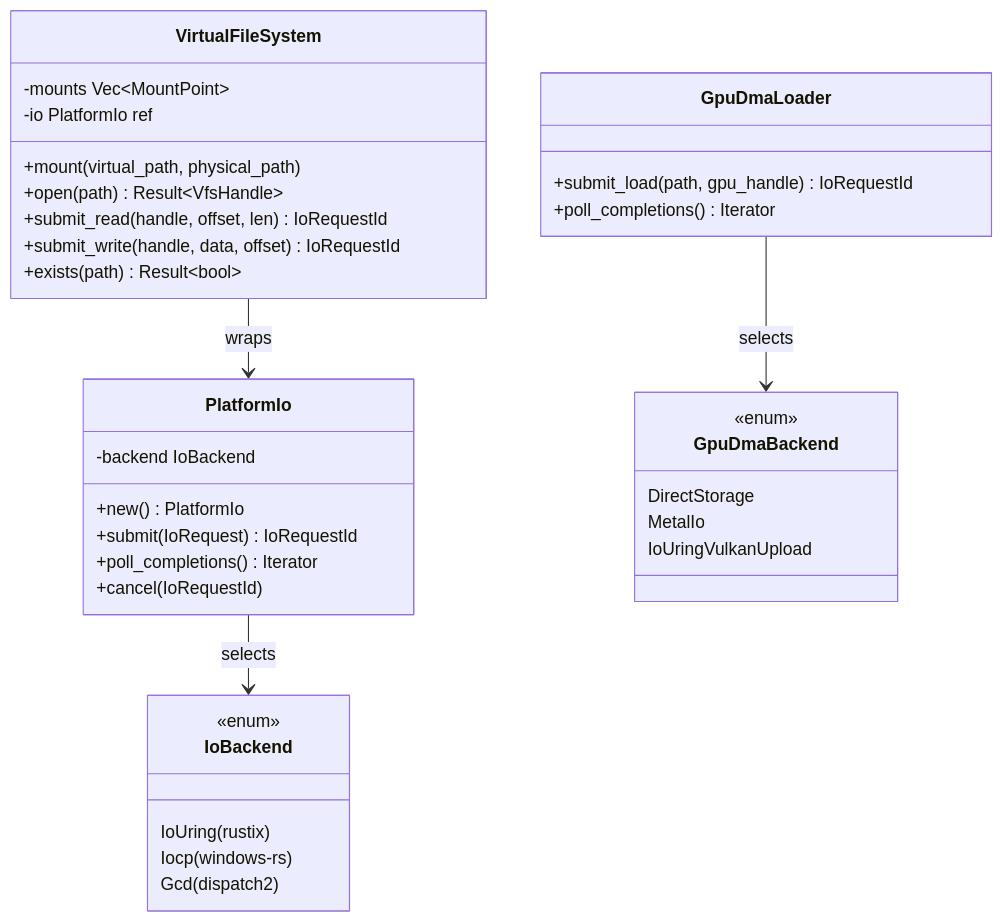
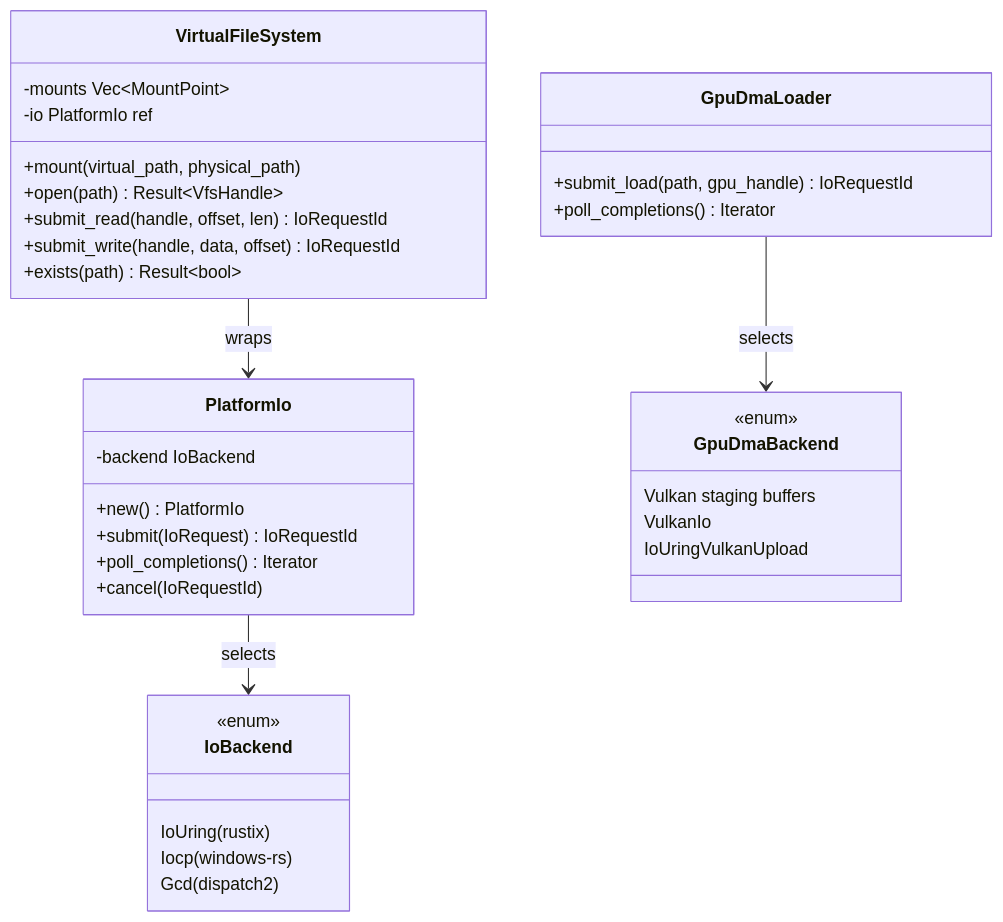
One commit to harmonius-dev/harmonius changed the fifth of 7 diagrams in docs/design/core-runtime/memory-async-io.md. Above: the diagram before and after it, drawn with Mermaid. The commit also changed other lines of this file and 128 other files, not shown here.

````diff
--- a/docs/design/core-runtime/memory-async-io.md
+++ b/docs/design/core-runtime/memory-async-io.md
@@ -312,43 +313,43 @@
 ```mermaid
 classDiagram
     class PlatformIo {
         -backend IoBackend
         +new() PlatformIo
         +submit(IoRequest) IoRequestId
         +poll_completions() Iterator
         +cancel(IoRequestId)
     }
 
     class IoBackend {
         <<enum>>
         IoUring(rustix)
         Iocp(windows-rs)
         Gcd(dispatch2)
     }
 
     class GpuDmaLoader {
         +submit_load(path, gpu_handle) IoRequestId
         +poll_completions() Iterator
     }
 
     class GpuDmaBackend {
         <<enum>>
-        DirectStorage
-        MetalIo
+        Vulkan staging buffers
+        VulkanIo
         IoUringVulkanUpload
     }
 
     class VirtualFileSystem {
         -mounts Vec~MountPoint~
         -io PlatformIo ref
         +mount(virtual_path, physical_path)
         +open(path) Result~VfsHandle~
         +submit_read(handle, offset, len) IoRequestId
         +submit_write(handle, data, offset) IoRequestId
         +exists(path) Result~bool~
     }
 
     PlatformIo --> IoBackend : selects
     GpuDmaLoader --> GpuDmaBackend : selects
     VirtualFileSystem --> PlatformIo : wraps
 ```
````
